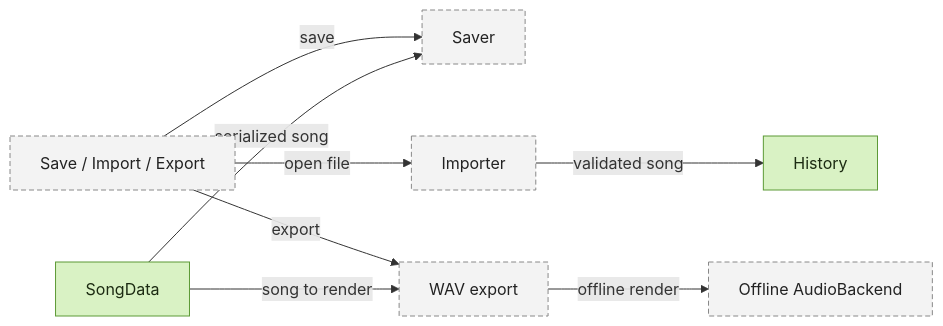
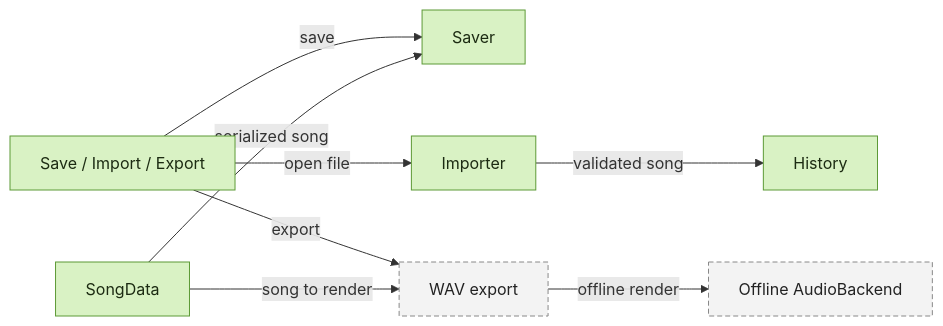
Before and after one commit to Chris301000/CS180Project: the third of 3 diagrams in docs/architecture.md, drawn with Mermaid. The commit also changed other lines of this file and 4 other files, not shown here.

Commit message:
Add song file saver and loading functionality

````diff
--- a/docs/architecture.md
+++ b/docs/architecture.md
@@ -59,15 +59,15 @@
 ```mermaid
 flowchart LR
   Files["Save / Import / Export"] -- "save" --> Saver["Saver"]
   Song["SongData"] -- "serialized song" --> Saver
   Files -- "open file" --> Importer["Importer"]
   Importer -- "validated song" --> History["History"]
   Files -- "export" --> Wav["WAV export"]
   Song -- "song to render" --> Wav
   Wav -- "offline render" --> Backend["Offline AudioBackend"]
 
   classDef built fill:#d9f2c4,stroke:#5d9a36,color:#1c2b12
   classDef planned fill:#f3f3f3,stroke:#888,color:#222,stroke-dasharray:5 3
-  class Song,History built
-  class Files,Saver,Importer,Wav,Backend planned
+  class Files,Song,History,Saver,Importer built
+  class Wav,Backend planned
 ```
````
